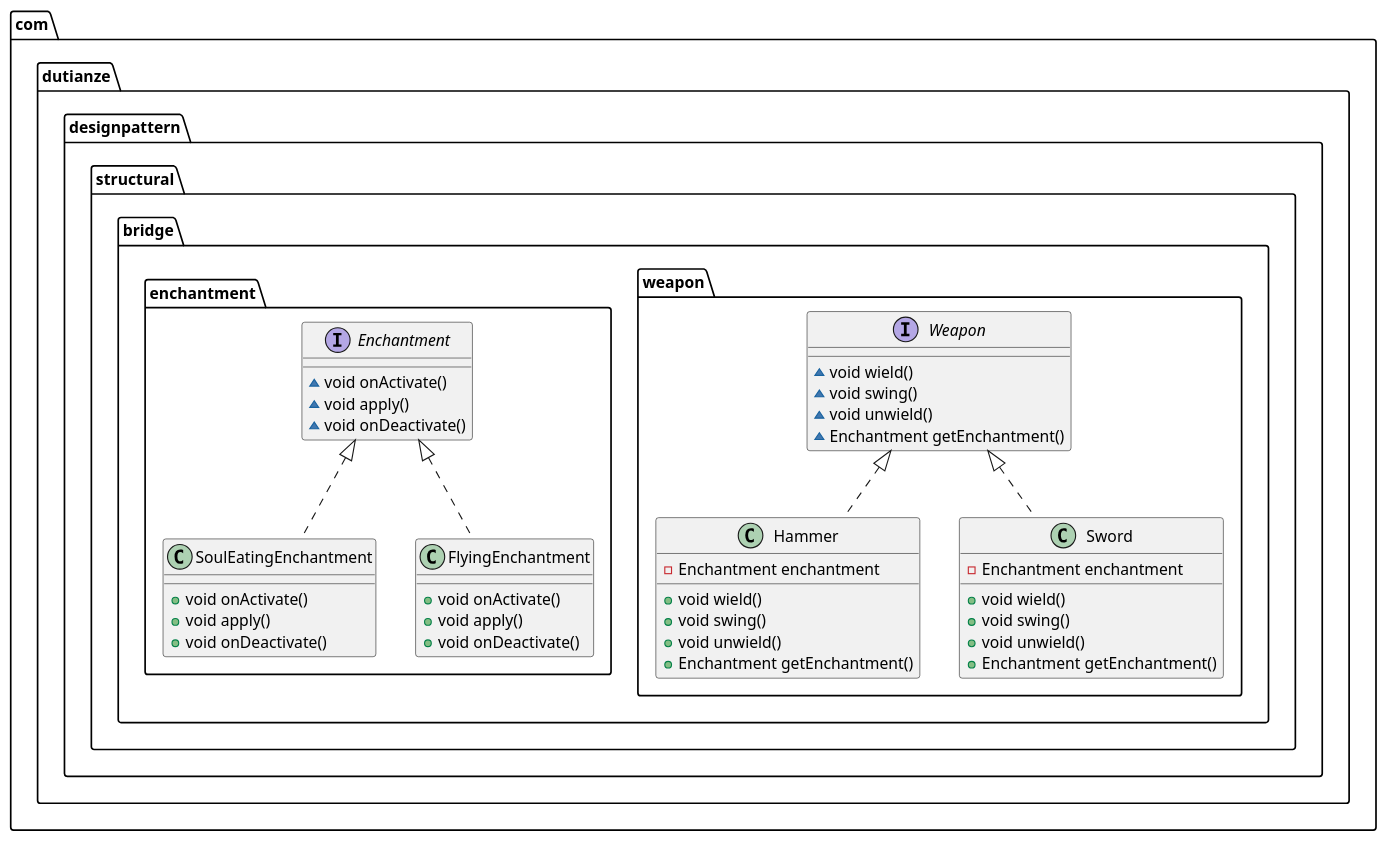
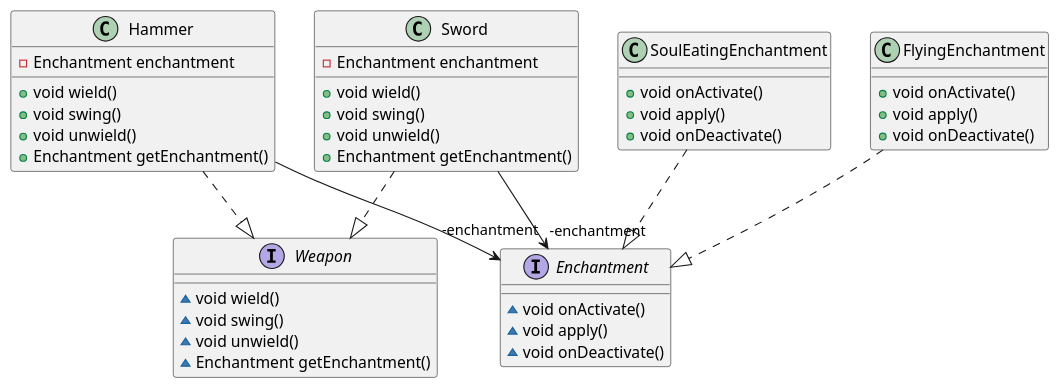
One commit to duTianze/my-java changed the diagram in design/design-pattern/src/main/java/com/dutianze/designpattern/structural/bridge/bridge.puml. Above: the diagram before and after it, drawn with PlantUML. The commit also changed 35 other files, not shown here.

```diff
--- a/design/design-pattern/src/main/java/com/dutianze/designpattern/structural/bridge/bridge.puml
+++ b/design/design-pattern/src/main/java/com/dutianze/designpattern/structural/bridge/bridge.puml
@@ -1,43 +1,45 @@
 @startuml
-class com.dutianze.designpattern.structural.bridge.weapon.Hammer {
+class Hammer {
 - Enchantment enchantment
 + void wield()
 + void swing()
 + void unwield()
 + Enchantment getEnchantment()
 }
-class com.dutianze.designpattern.structural.bridge.weapon.Sword {
+interface Weapon {
+~ void wield()
+~ void swing()
+~ void unwield()
+~ Enchantment getEnchantment()
+}
+class Sword {
 - Enchantment enchantment
 + void wield()
 + void swing()
 + void unwield()
 + Enchantment getEnchantment()
 }
-class com.dutianze.designpattern.structural.bridge.enchantment.SoulEatingEnchantment {
+class SoulEatingEnchantment {
 + void onActivate()
 + void apply()
 + void onDeactivate()
 }
-interface com.dutianze.designpattern.structural.bridge.weapon.Weapon {
-~ void wield()
-~ void swing()
-~ void unwield()
-~ Enchantment getEnchantment()
-}
-class com.dutianze.designpattern.structural.bridge.enchantment.FlyingEnchantment {
+class FlyingEnchantment {
 + void onActivate()
 + void apply()
 + void onDeactivate()
 }
-interface com.dutianze.designpattern.structural.bridge.enchantment.Enchantment {
+interface Enchantment {
 ~ void onActivate()
 ~ void apply()
 ~ void onDeactivate()
 }
 
 
-com.dutianze.designpattern.structural.bridge.weapon.Weapon <|.. com.dutianze.designpattern.structural.bridge.weapon.Hammer
-com.dutianze.designpattern.structural.bridge.weapon.Weapon <|.. com.dutianze.designpattern.structural.bridge.weapon.Sword
-com.dutianze.designpattern.structural.bridge.enchantment.Enchantment <|.. com.dutianze.designpattern.structural.bridge.enchantment.SoulEatingEnchantment
-com.dutianze.designpattern.structural.bridge.enchantment.Enchantment <|.. com.dutianze.designpattern.structural.bridge.enchantment.FlyingEnchantment
+Sword -->  "-enchantment" Enchantment
+Hammer -->  "-enchantment" Enchantment
+FlyingEnchantment ..|> Enchantment
+Hammer ..|> Weapon
+SoulEatingEnchantment ..|> Enchantment
+Sword ..|> Weapon
 @enduml
```
